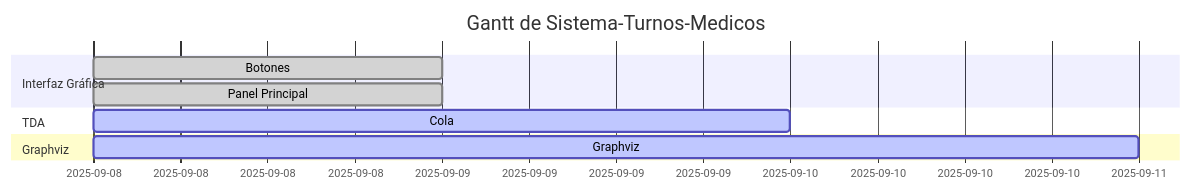
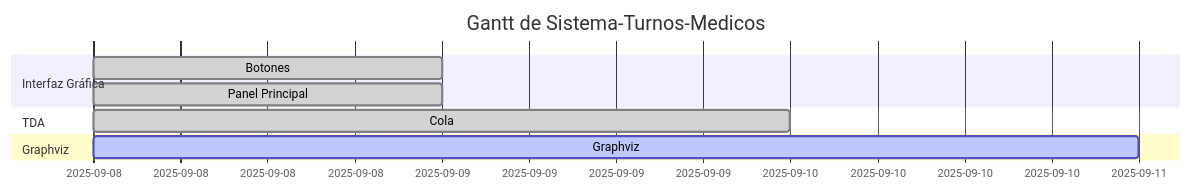
The diagram in docs/gantt.md (MynorCifuentes/Sistema-Turnos-Medicos), drawn with Mermaid before and after one commit.

Commit message:
Actualiza diagrama de Gantt automático

````diff
--- a/docs/gantt.md
+++ b/docs/gantt.md
@@ -1,13 +1,13 @@
 ```mermaid
 gantt
     dateFormat  YYYY-MM-DD
     title Gantt de Sistema-Turnos-Medicos
     excludes    weekends
     section Interfaz Gráfica
     Botones :done, 2, 2025-09-08, 2025-09-09
     Panel Principal :done, 1, 2025-09-08, 2025-09-09
     section TDA
-    Cola :active, 3, 2025-09-08, 2025-09-10
+    Cola :done, 3, 2025-09-08, 2025-09-10
     section Graphviz
     Graphviz :active, 4, 2025-09-08, 2025-09-11
 ```
````
